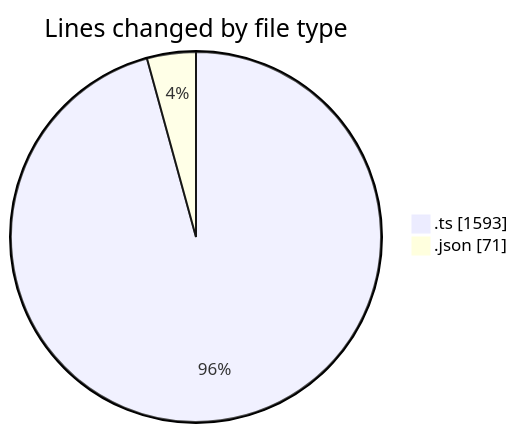
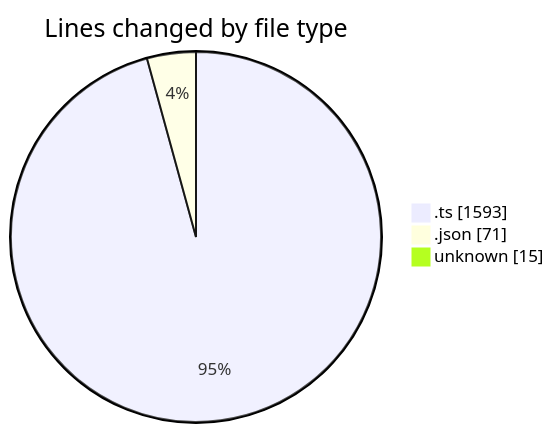
Before and after one commit to lephambinh05/code-tracking: the first of 2 diagrams in 2025-09-12/hiai-phf/README.md, drawn with Mermaid. The commit also changed other lines of this file and 1 other file, not shown here.

````diff
--- a/2025-09-12/hiai-phf/README.md
+++ b/2025-09-12/hiai-phf/README.md
@@ -24,6 +25,7 @@
 ```mermaid
 pie showData
 title Lines changed by file type
 ".ts" : 1593
 ".json" : 71
+"unknown" : 15
 ```
````
